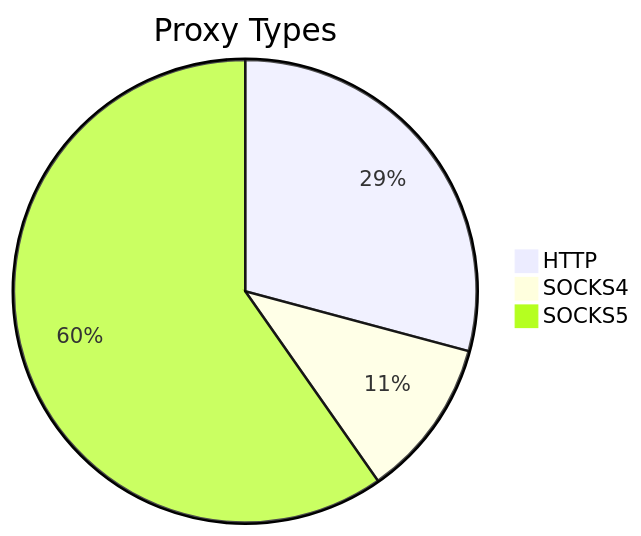
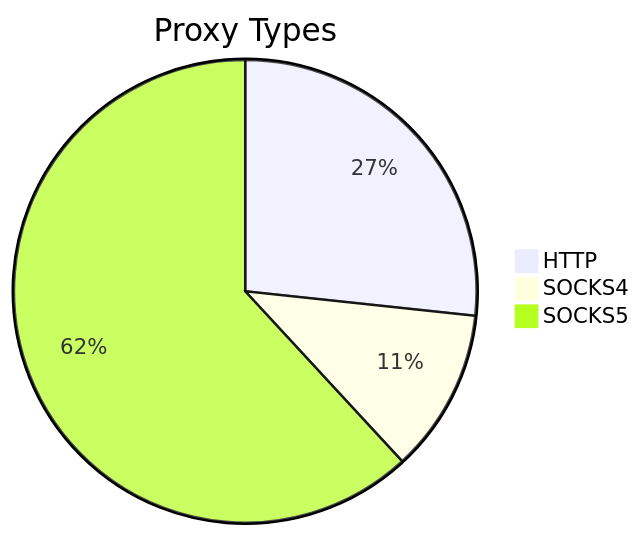
Before and after one commit to stormsia/proxy-list: the first of 2 diagrams in README.md, drawn with Mermaid. The commit also changed other lines of this file, not shown here.

````diff
--- a/README.md
+++ b/README.md
@@ -21,6 +21,6 @@
 ```mermaid
 pie title Proxy Types
-    "HTTP" : 42
-    "SOCKS4" : 16
-    "SOCKS5" : 86
+    "HTTP" : 63
+    "SOCKS4" : 27
+    "SOCKS5" : 146
 ```
````
